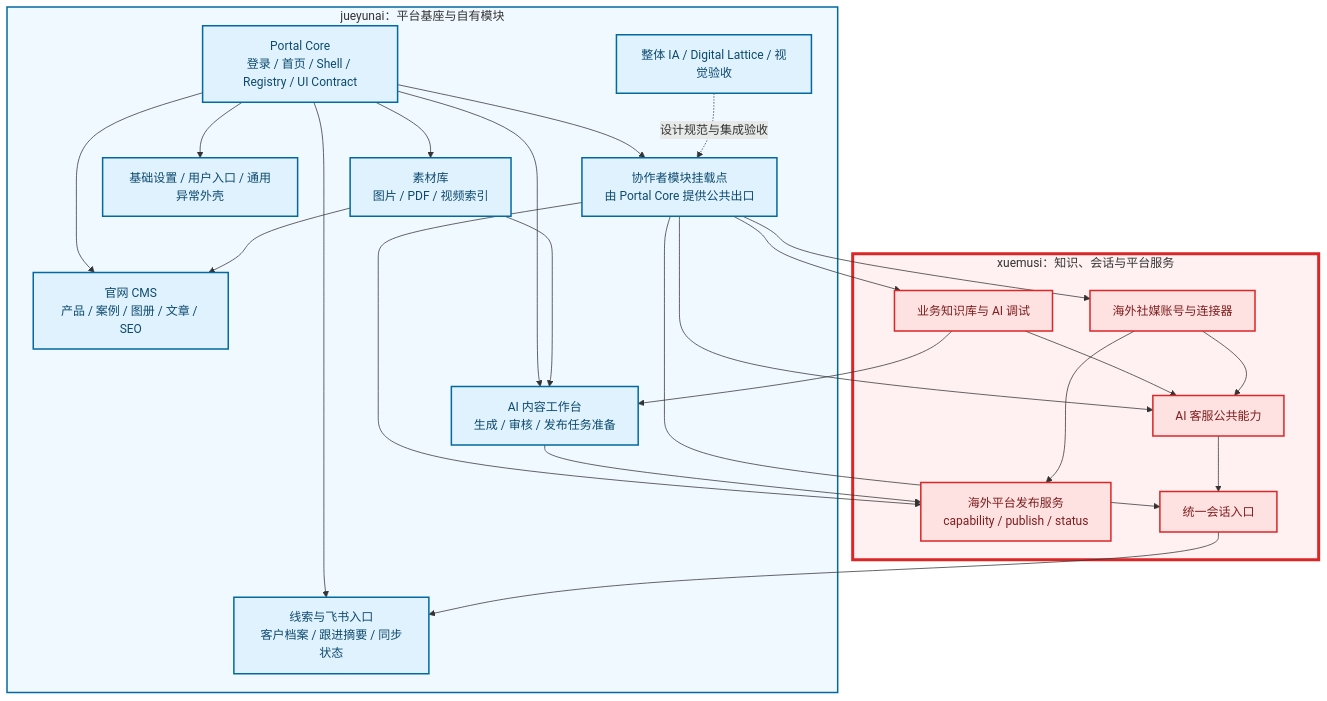
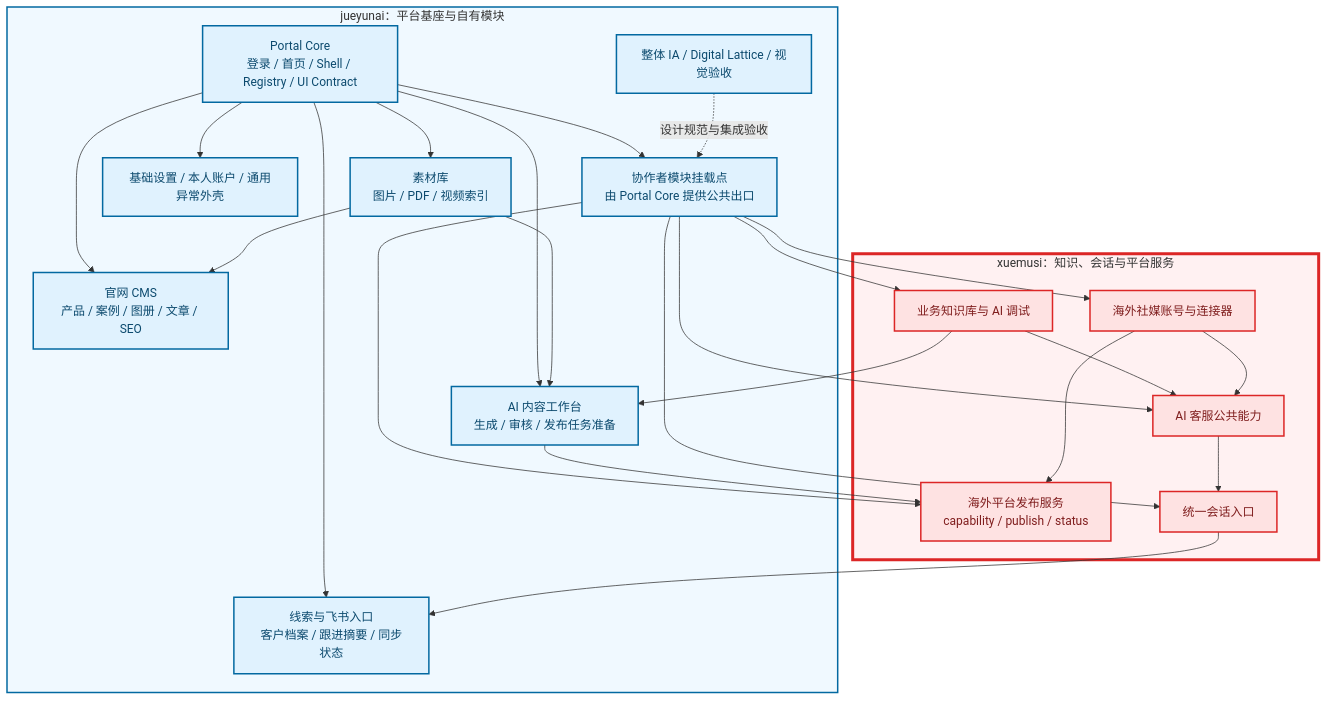
One commit to jueyunai/ivybm changed the fourth of 4 diagrams in docs/architecture/管理后台现代化UI重构与双轨架构规划.md. Above: the diagram before and after it, drawn with Mermaid. The commit also changed other lines of this file and 46 other files, not shown here.

````diff
--- a/docs/architecture/管理后台现代化UI重构与双轨架构规划.md
+++ b/docs/architecture/管理后台现代化UI重构与双轨架构规划.md
@@ -284,50 +311,50 @@
 ```mermaid
 flowchart TB
     subgraph J["jueyunai：平台基座与自有模块"]
         CORE["Portal Core\n登录 / 首页 / Shell / Registry / UI Contract"]
         CMS["官网 CMS\n产品 / 案例 / 图册 / 文章 / SEO"]
         ASSET["素材库\n图片 / PDF / 视频索引"]
         LEAD["线索与飞书入口\n客户档案 / 跟进摘要 / 同步状态"]
         STUDIO["AI 内容工作台\n生成 / 审核 / 发布任务准备"]
-        SYS["基础设置 / 用户入口 / 通用异常外壳"]
+        SYS["基础设置 / 本人账户 / 通用异常外壳"]
         DESIGN["整体 IA / Digital Lattice / 视觉验收"]
         SLOT["协作者模块挂载点\n由 Portal Core 提供公共出口"]
     end
 
     subgraph X["xuemusi：知识、会话与平台服务"]
         KNOW["业务知识库与 AI 调试"]
         PUB["海外平台发布服务\ncapability / publish / status"]
         CHAT["AI 客服公共能力"]
         INBOX["统一会话入口"]
         SOCIAL["海外社媒账号与连接器"]
     end
 
     CORE --> CMS
     CORE --> ASSET
     CORE --> LEAD
     CORE --> STUDIO
     CORE --> SYS
     CORE --> SLOT
     SLOT --> KNOW
     SLOT --> PUB
     SLOT --> CHAT
     SLOT --> INBOX
     SLOT --> SOCIAL
     ASSET --> CMS
     ASSET --> STUDIO
     KNOW --> STUDIO
     KNOW --> CHAT
     STUDIO --> PUB
     SOCIAL --> PUB
     SOCIAL --> CHAT
     CHAT --> INBOX
     INBOX --> LEAD
     DESIGN -. "设计规范与集成验收" .-> SLOT
 
     classDef owner fill:#e0f2fe,stroke:#0369a1,stroke-width:2px,color:#0c4a6e
     classDef collaborator fill:#fee2e2,stroke:#dc2626,stroke-width:2px,color:#7f1d1d
     class CORE,CMS,ASSET,LEAD,STUDIO,SYS,DESIGN,SLOT owner
     class KNOW,PUB,CHAT,INBOX,SOCIAL collaborator
     style J fill:#f0f9ff,stroke:#0369a1,stroke-width:2px
     style X fill:#fff1f2,stroke:#dc2626,stroke-width:4px
 ```
````
